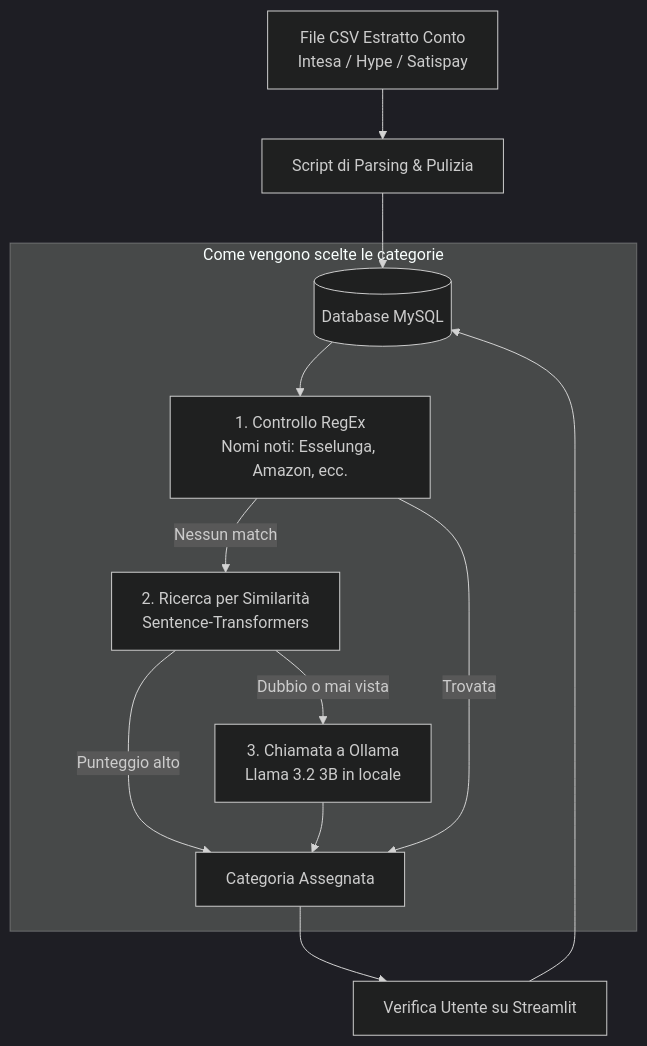
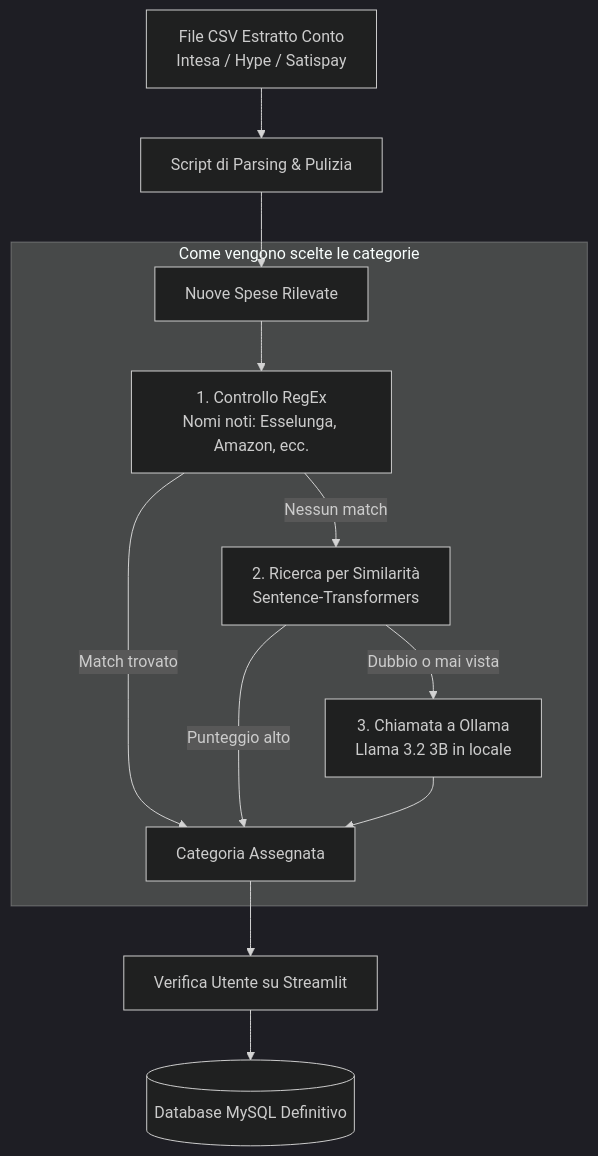
Before and after one commit to FedericoSburlati/personal-finance-tracker: the diagram in README.md, drawn with Mermaid (dark theme).

Commit message:
Update flowchart in README for clarity

````diff
--- a/README.md
+++ b/README.md
@@ -13,17 +13,17 @@
 ```mermaid
 flowchart TD
     A[File CSV Estratto Conto<br/>Intesa / Hype / Satispay] --> B[Script di Parsing & Pulizia]
-    B --> C[(Database MySQL)]
+    B --> C[Nuove Spese Rilevate]
     
     subgraph Classificazione["Come vengono scelte le categorie"]
         C --> D[1. Controllo RegEx<br/>Nomi noti: Esselunga, Amazon, ecc.]
+        D -- Match trovato --> G[Categoria Assegnata]
         D -- Nessun match --> E[2. Ricerca per Similarità<br/>Sentence-Transformers]
-        E -- Punteggio alto --> G[Categoria Assegnata]
+        E -- Punteggio alto --> G
         E -- Dubbio o mai vista --> F[3. Chiamata a Ollama<br/>Llama 3.2 3B in locale]
-        D -- Trovata --> G
         F --> G
     end
 
     G --> H[Verifica Utente su Streamlit]
-    H --> C
+    H --> I[(Database MySQL Definitivo)]
 ```
````
